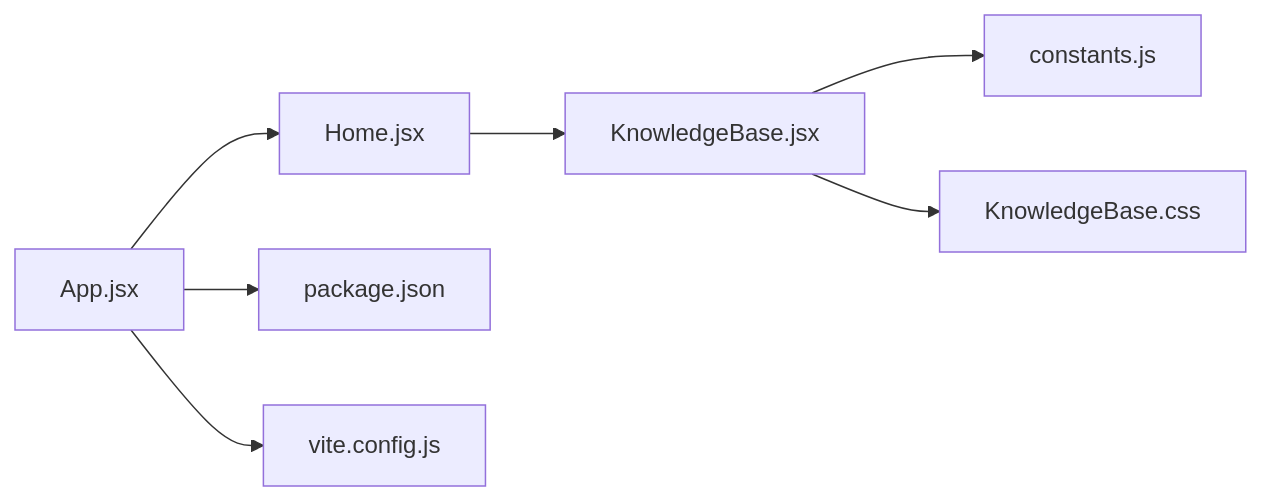
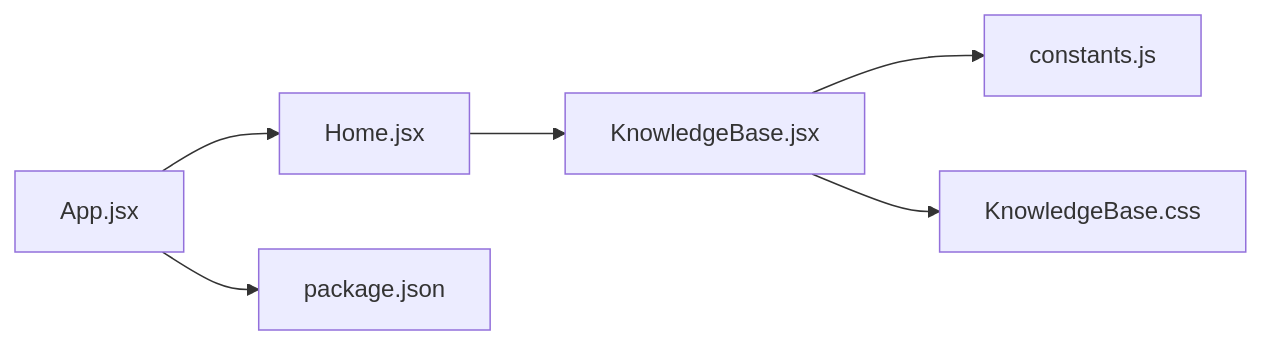
Before and after one commit to lithos666/lithos666.github.io: the fourth of 4 diagrams in .qoder/repowiki/zh/content/核心功能模块/知识基础组件.md, drawn with Mermaid. The commit also changed other lines of this file and 30 other files, not shown here.

````diff
--- a/.qoder/repowiki/zh/content/核心功能模块/知识基础组件.md
+++ b/.qoder/repowiki/zh/content/核心功能模块/知识基础组件.md
@@ -236,9 +230,8 @@
 ```mermaid
 graph LR
 App["App.jsx"] --> Home["Home.jsx"]
 Home --> KB["KnowledgeBase.jsx"]
 KB --> Const["constants.js"]
 KB --> CSS["KnowledgeBase.css"]
 App --> Pkg["package.json"]
-App --> Vite["vite.config.js"]
 ```
````
